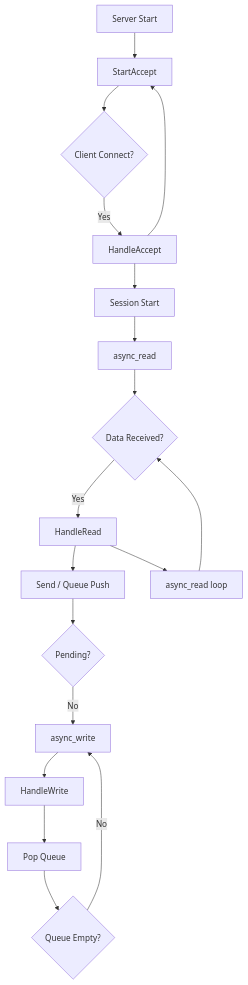
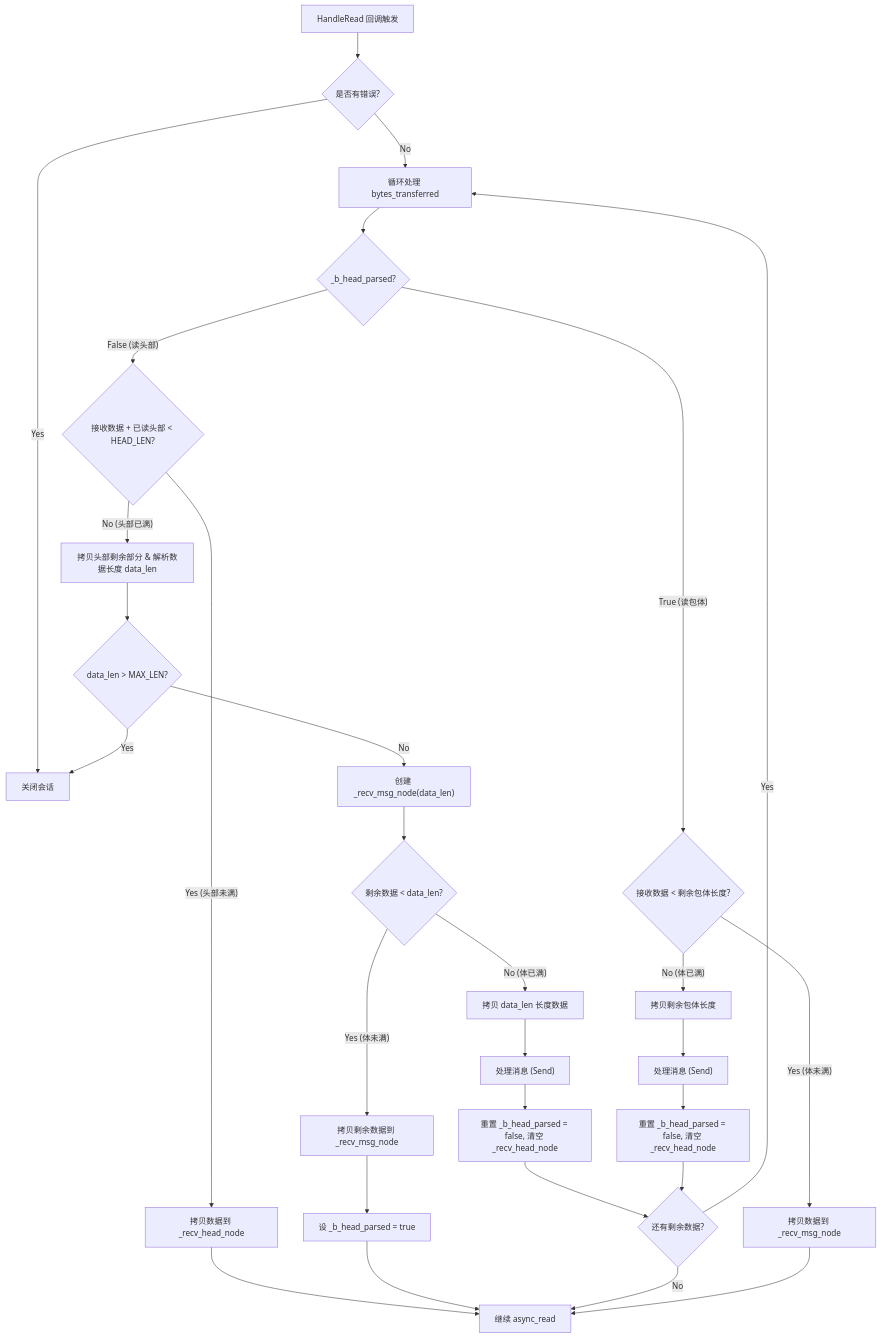
One commit to IceFerryLing/MySimpleServer changed the first of 2 diagrams in Async/v2_FullDuplex/README.md. Above: the diagram before and after it, drawn with Mermaid. The commit also changed other lines of this file and 4 other files, not shown here.

````diff
--- a/Async/v2_FullDuplex/README.md
+++ b/Async/v2_FullDuplex/README.md
@@ -33,23 +79,40 @@
 ```mermaid
 graph TD
-    A[Server Start] --> B[StartAccept]
-    B --> C{Client Connect?}
-    C -- Yes --> D[HandleAccept]
-    D --> E[Session Start]
-    D --> B
+    Start[HandleRead 回调触发] --> CheckError{是否有错误?}
+    CheckError -- Yes --> Close[关闭会话]
+    CheckError -- No --> Loop[循环处理 bytes_transferred]
     
-    E --> F[async_read]
-    F --> G{Data Received?}
-    G -- Yes --> H[HandleRead]
+    Loop --> StateCheck{_b_head_parsed?}
     
-    H --> I[Send / Queue Push]
-    H --> F2[async_read loop]
-    F2 --> G
+    %% 状态1：解析头部
+    StateCheck -- False (读头部) --> HeadCheck{接收数据 + 已读头部 < HEAD_LEN?}
+    HeadCheck -- Yes (头部未满) --> CopyHeadPart[拷贝数据到 _recv_head_node]
+    CopyHeadPart --> ContinueRead[继续 async_read]
     
-    I --> J{Pending?}
-    J -- No --> K[async_write]
-    K --> L[HandleWrite]
-    L --> M[Pop Queue]
-    M --> N{Queue Empty?}
-    N -- No --> K
+    HeadCheck -- No (头部已满) --> ParseHead[拷贝头部剩余部分 & 解析数据长度 data_len]
+    ParseHead --> LenCheck{data_len > MAX_LEN?}
+    LenCheck -- Yes --> Close
+    LenCheck -- No --> AllocBody["创建 _recv_msg_node(data_len)"]
+    
+    AllocBody --> BodyCheck{剩余数据 < data_len?}
+    BodyCheck -- Yes (体未满) --> CopyBodyPart[拷贝剩余数据到 _recv_msg_node]
+    CopyBodyPart --> SetFlag[设 _b_head_parsed = true]
+    SetFlag --> ContinueRead
+    
+    BodyCheck -- No (体已满) --> CopyBodyFull[拷贝 data_len 长度数据]
+    CopyBodyFull --> ProcessMsg["处理消息 (Send)"]
+    ProcessMsg --> ResetHead[重置 _b_head_parsed = false, 清空 _recv_head_node]
+    ResetHead --> LoopEnd{还有剩余数据?}
+    LoopEnd -- Yes --> Loop
+    LoopEnd -- No --> ContinueRead
+
+    %% 状态2：解析包体
+    StateCheck -- True (读包体) --> RemainCheck{接收数据 < 剩余包体长度?}
+    RemainCheck -- Yes (体未满) --> CopyBodyPart2[拷贝数据到 _recv_msg_node]
+    CopyBodyPart2 --> ContinueRead
+    
+    RemainCheck -- No (体已满) --> CopyBodyFull2[拷贝剩余包体长度]
+    CopyBodyFull2 --> ProcessMsg2["处理消息 (Send)"]
+    ProcessMsg2 --> ResetHead2[重置 _b_head_parsed = false, 清空 _recv_head_node]
+    ResetHead2 --> LoopEnd
 ```
````
